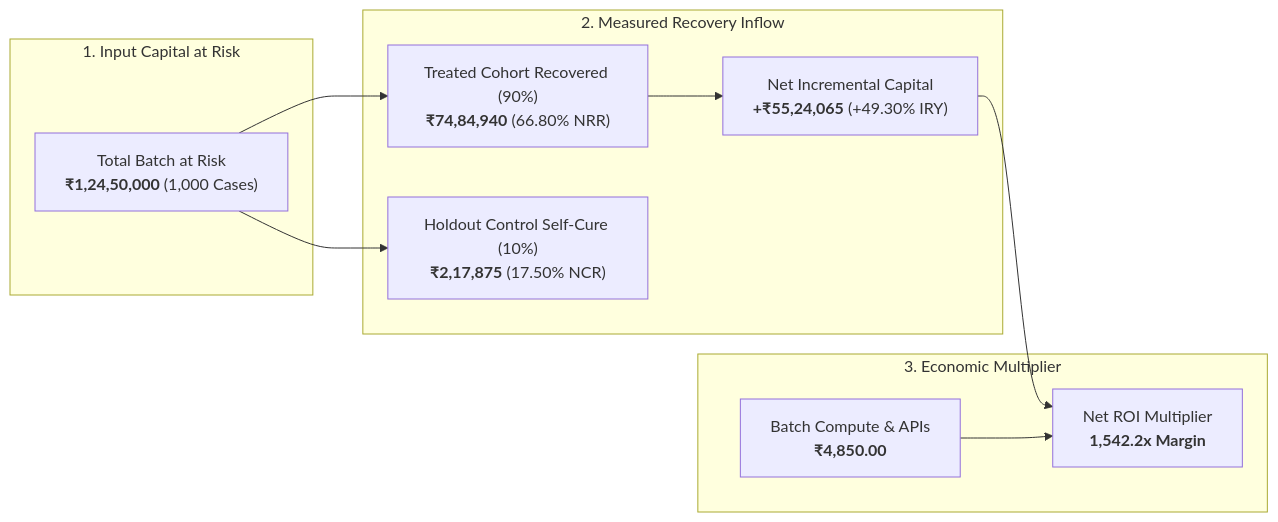
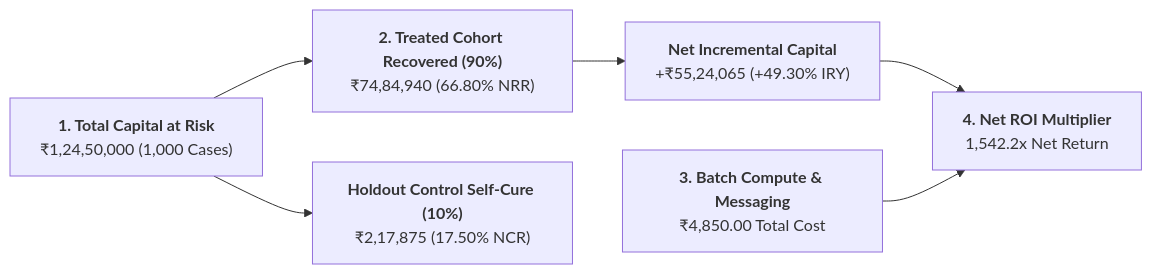
Before and after one commit to Adityaraj1969/Razorpay-Revenue-Recovery: the first of 2 diagrams in docs/Evaluation.md, drawn with Mermaid. The commit also changed other lines of this file, not shown here.

Commit message:
fix(docs): fix KaTeX math and Mermaid flowchart parsing in Evaluation.md Section 2.4

````diff
--- a/docs/Evaluation.md
+++ b/docs/Evaluation.md
@@ -104,23 +104,17 @@
 ```mermaid
 flowchart LR
-    subgraph INPUT["1. Input Capital at Risk"]
-        CAP["Total Batch at Risk<br/><b>₹1,24,50,000</b> (1,000 Cases)"]
-    end
-
-    subgraph RECOVERY["2. Measured Recovery Inflow"]
-        TREATED["Treated Cohort Recovered (90%)<br/><b>₹74,84,940</b> (66.80% NRR)"]
-        CONTROL["Holdout Control Self-Cure (10%)<br/><b>₹2,17,875</b> (17.50% NCR)"]
-        NET_CAP["Net Incremental Capital<br/><b>+₹55,24,065</b> (+49.30% IRY)"]
-    end
-
-    subgraph EFFICIENCY["3. Economic Multiplier"]
-        COST["Batch Compute &amp; APIs<br/><b>₹4,850.00</b>"]
-        ROI["Net ROI Multiplier<br/><b>1,542.2x Margin</b>"]
-    end
+    CAP["<b>1. Total Capital at Risk</b><br/>₹1,24,50,000 (1,000 Cases)"]
+    
+    TREATED["<b>2. Treated Cohort Recovered (90%)</b><br/>₹74,84,940 (66.80% NRR)"]
+    CONTROL["<b>Holdout Control Self-Cure (10%)</b><br/>₹2,17,875 (17.50% NCR)"]
+    NET_CAP["<b>Net Incremental Capital</b><br/>+₹55,24,065 (+49.30% IRY)"]
+    
+    COST["<b>3. Batch Compute &amp; Messaging</b><br/>₹4,850.00 Total Cost"]
+    ROI["<b>4. Net ROI Multiplier</b><br/>1,542.2x Net Return"]
 
     CAP --> TREATED
     CAP --> CONTROL
     TREATED --> NET_CAP
     NET_CAP --> ROI
     COST --> ROI
 ```
````
